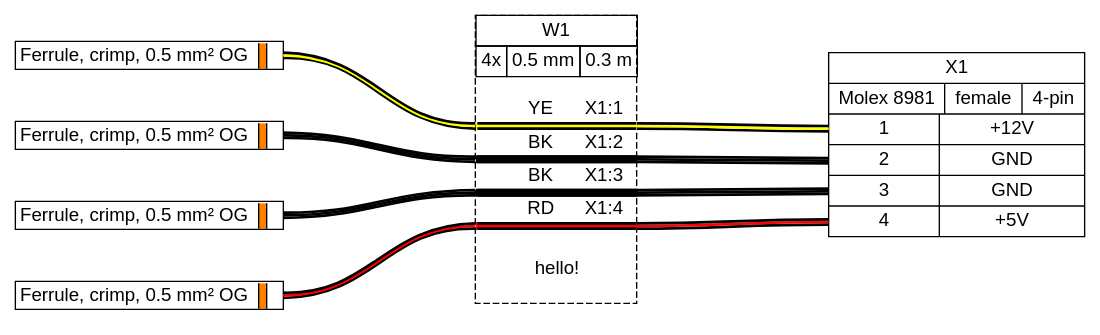
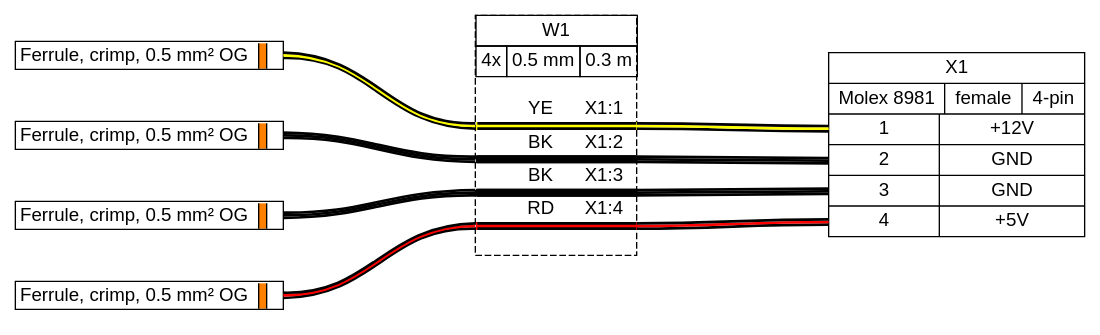
One commit to wireviz/WireViz changed the diagram in tutorial/tutorial05.gv. Above: the diagram before and after it, drawn with Graphviz. The commit also changed 11 other files, not shown here.

```diff
--- a/tutorial/tutorial05.gv
+++ b/tutorial/tutorial05.gv
@@ -1,65 +1,65 @@
 graph {
 // Graph generated by WireViz
 // https://github.com/formatc1702/WireViz
 	graph [bgcolor=white fontname=arial nodesep=0.33 rankdir=LR ranksep=2]
 	node [fillcolor=white fontname=arial shape=record style=filled]
 	edge [fontname=arial style=bold]
 	X1 [label="X1|{Molex 8981|female|4-pin}|{{<p1l>1|<p2l>2|<p3l>3|<p4l>4}|{+12V|GND|GND|+5V}}"]
 	_F1 [label=<
 
                 <TABLE BORDER="1" CELLBORDER="0" CELLSPACING="0" CELLPADDING="2"><TR>
                 <TD PORT="p1l"> Ferrule, crimp, 0.5 mm² OG </TD>
                 <TD BGCOLOR="#FF8000" BORDER="1" SIDES="LR" WIDTH="4"></TD>
                 <TD PORT="p1r">  </TD>
                 </TR></TABLE>
 
 
                 > margin=0 orientation=180 shape=none style=filled]
 	_F2 [label=<
 
                 <TABLE BORDER="1" CELLBORDER="0" CELLSPACING="0" CELLPADDING="2"><TR>
                 <TD PORT="p1l"> Ferrule, crimp, 0.5 mm² OG </TD>
                 <TD BGCOLOR="#FF8000" BORDER="1" SIDES="LR" WIDTH="4"></TD>
                 <TD PORT="p1r">  </TD>
                 </TR></TABLE>
 
 
                 > margin=0 orientation=180 shape=none style=filled]
 	_F3 [label=<
 
                 <TABLE BORDER="1" CELLBORDER="0" CELLSPACING="0" CELLPADDING="2"><TR>
                 <TD PORT="p1l"> Ferrule, crimp, 0.5 mm² OG </TD>
                 <TD BGCOLOR="#FF8000" BORDER="1" SIDES="LR" WIDTH="4"></TD>
                 <TD PORT="p1r">  </TD>
                 </TR></TABLE>
 
 
                 > margin=0 orientation=180 shape=none style=filled]
 	_F4 [label=<
 
                 <TABLE BORDER="1" CELLBORDER="0" CELLSPACING="0" CELLPADDING="2"><TR>
                 <TD PORT="p1l"> Ferrule, crimp, 0.5 mm² OG </TD>
                 <TD BGCOLOR="#FF8000" BORDER="1" SIDES="LR" WIDTH="4"></TD>
                 <TD PORT="p1r">  </TD>
                 </TR></TABLE>
 
 
                 > margin=0 orientation=180 shape=none style=filled]
 	edge [color="#000000:#ffff00:#000000"]
 	_F1:e -- W1:w1:w
 	edge [color="#000000:#000000:#000000"]
 	_F2:e -- W1:w2:w
 	edge [color="#000000:#000000:#000000"]
 	_F3:e -- W1:w3:w
 	edge [color="#000000:#ff0000:#000000"]
 	_F4:e -- W1:w4:w
 	edge [color="#000000:#ffff00:#000000"]
 	W1:w1:e -- X1:p1l:w
 	edge [color="#000000:#000000:#000000"]
 	W1:w2:e -- X1:p2l:w
 	edge [color="#000000:#000000:#000000"]
 	W1:w3:e -- X1:p3l:w
 	edge [color="#000000:#ff0000:#000000"]
 	W1:w4:e -- X1:p4l:w
-	W1 [label=<<table border="0" cellspacing="0" cellpadding="0"><tr><td><table border="0" cellspacing="0" cellpadding="3" cellborder="1"><tr><td colspan="3">W1</td></tr><tr><td>4x</td><td>0.5 mm</td><td>0.3 m</td></tr></table></td></tr><tr><td>&nbsp;</td></tr><tr><td><table border="0" cellspacing="0" cellborder="0"><tr><td></td><td>YE</td><td>X1:1</td></tr><tr><td colspan="3" cellpadding="0" height="6" bgcolor="#ffff00" border="2" sides="tb" port="w1"></td></tr><tr><td></td><td>BK</td><td>X1:2</td></tr><tr><td colspan="3" cellpadding="0" height="6" bgcolor="#000000" border="2" sides="tb" port="w2"></td></tr><tr><td></td><td>BK</td><td>X1:3</td></tr><tr><td colspan="3" cellpadding="0" height="6" bgcolor="#000000" border="2" sides="tb" port="w3"></td></tr><tr><td></td><td>RD</td><td>X1:4</td></tr><tr><td colspan="3" cellpadding="0" height="6" bgcolor="#ff0000" border="2" sides="tb" port="w4"></td></tr><tr><td>&nbsp;</td></tr></table></td></tr><tr><td cellpadding="3">hello!</td></tr><tr><td>&nbsp;</td></tr></table>> fillcolor=white margin=0 shape=box style="filled,dashed"]
+	W1 [label=<<table border="0" cellspacing="0" cellpadding="0"><tr><td><table border="0" cellspacing="0" cellpadding="3" cellborder="1"><tr><td colspan="3">W1</td></tr><tr><td>4x</td><td>0.5 mm</td><td>0.3 m</td></tr></table></td></tr><tr><td>&nbsp;</td></tr><tr><td><table border="0" cellspacing="0" cellborder="0"><tr><td></td><td>YE</td><td>X1:1</td></tr><tr><td colspan="3" cellpadding="0" height="6" bgcolor="#ffff00" border="2" sides="tb" port="w1"></td></tr><tr><td></td><td>BK</td><td>X1:2</td></tr><tr><td colspan="3" cellpadding="0" height="6" bgcolor="#000000" border="2" sides="tb" port="w2"></td></tr><tr><td></td><td>BK</td><td>X1:3</td></tr><tr><td colspan="3" cellpadding="0" height="6" bgcolor="#000000" border="2" sides="tb" port="w3"></td></tr><tr><td></td><td>RD</td><td>X1:4</td></tr><tr><td colspan="3" cellpadding="0" height="6" bgcolor="#ff0000" border="2" sides="tb" port="w4"></td></tr><tr><td>&nbsp;</td></tr></table></td></tr></table>> fillcolor=white margin=0 shape=box style="filled,dashed"]
 }
```
